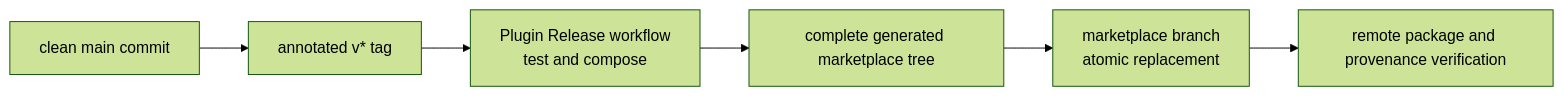
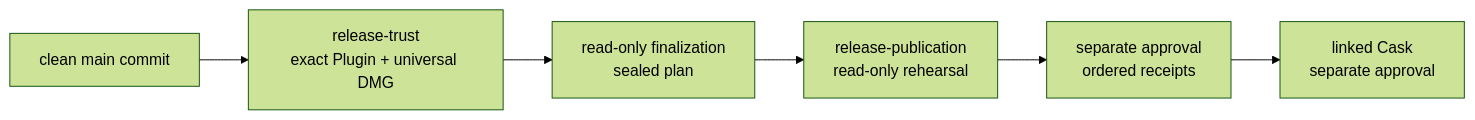
Before and after one commit to TrentBrown/gatereeve: the diagram in RELEASING.md, drawn with Mermaid (forest theme). The commit also changed other lines of this file and 21 other files, not shown here.

Commit message:
feat: host exact release publication

````diff
--- a/RELEASING.md
+++ b/RELEASING.md
@@ -191,15 +214,15 @@
 ```mermaid
 flowchart LR
   Main["clean main commit"]
-  Tag["annotated v* tag"]
-  Workflow["Plugin Release workflow<br>test and compose"]
-  Tree["complete generated marketplace tree"]
-  Branch["marketplace branch<br>atomic replacement"]
-  Verify["remote package and provenance verification"]
+  Trust["release-trust<br>exact Plugin + universal DMG"]
+  Seal["read-only finalization<br>sealed plan"]
+  Rehearse["release-publication<br>read-only rehearsal"]
+  Publish["separate approval<br>ordered receipts"]
+  Cask["linked Cask<br>separate approval"]
 
-  Main --> Tag
-  Tag --> Workflow
-  Workflow --> Tree
-  Tree --> Branch
-  Branch --> Verify
+  Main --> Trust
+  Trust --> Seal
+  Seal --> Rehearse
+  Rehearse --> Publish
+  Publish --> Cask
 ```
````
